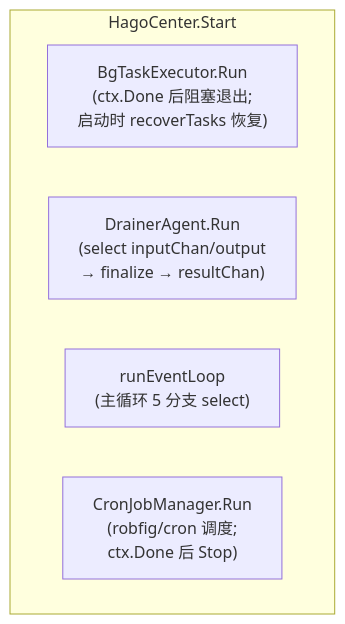
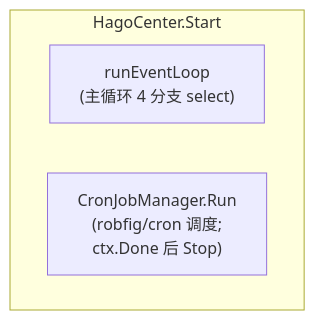
The fifth of 16 diagrams in docs/project-details.md (JuanNiangDev/JuanNiang-Neo), drawn with Mermaid before and after one commit. The commit also changed other lines of this file and 3 other files, not shown here.

````diff
--- a/docs/project-details.md
+++ b/docs/project-details.md
@@ -469,9 +444,7 @@
 ```mermaid
 flowchart TB
   subgraph start["HagoCenter.Start"]
-    G1["BgTaskExecutor.Run<br/>(ctx.Done 后阻塞退出;<br/>启动时 recoverTasks 恢复)"]
-    G2["DrainerAgent.Run<br/>(select inputChan/output<br/>→ finalize → resultChan)"]
-    G3["runEventLoop<br/>(主循环 5 分支 select)"]
-    G4["CronJobManager.Run<br/>(robfig/cron 调度;<br/>ctx.Done 后 Stop)"]
+    G1["runEventLoop<br/>(主循环 4 分支 select)"]
+    G2["CronJobManager.Run<br/>(robfig/cron 调度;<br/>ctx.Done 后 Stop)"]
   end
 ```
````
